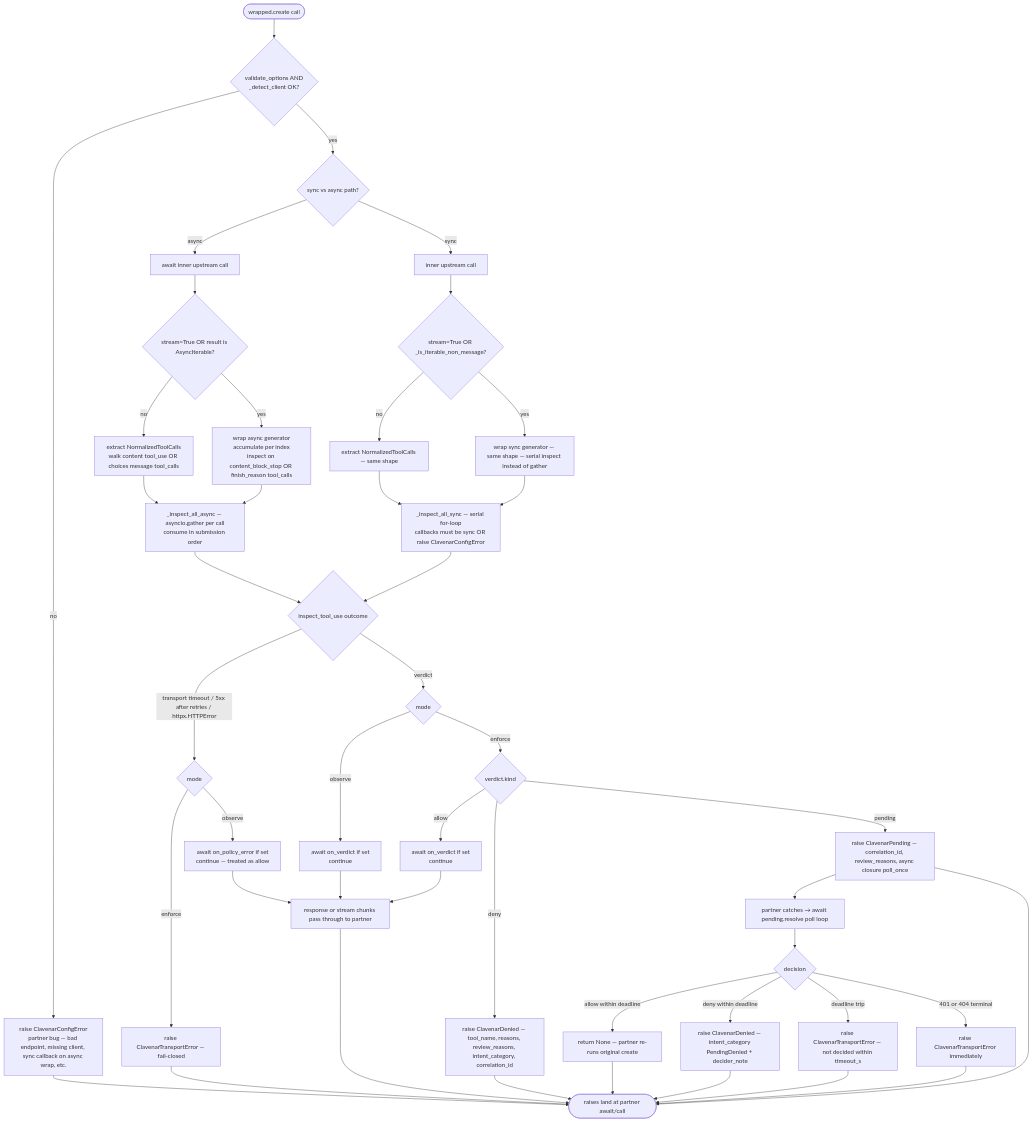
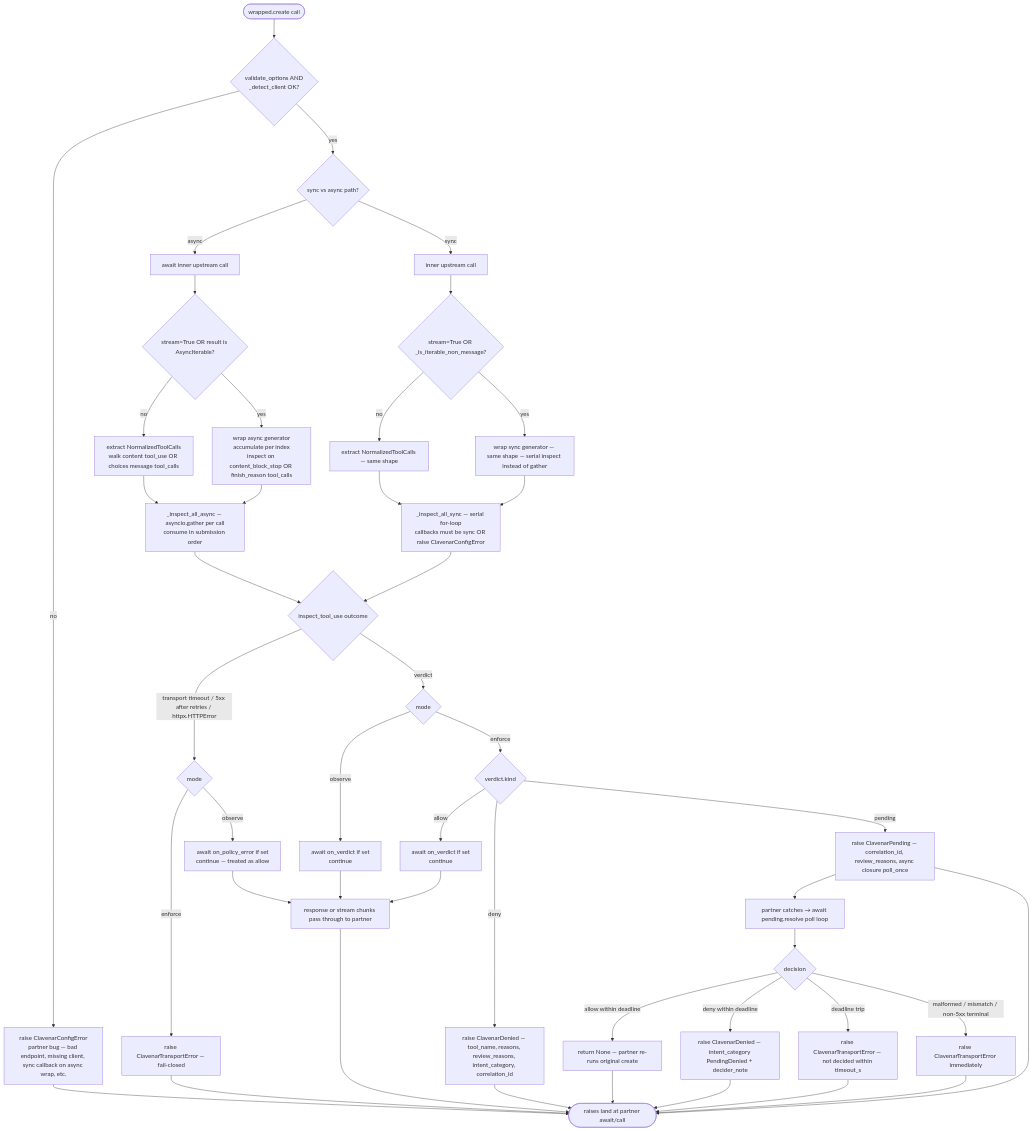
One commit to clavenar/clavenar-python-sdk changed the sixth of 6 diagrams in docs/SEQUENCES.md. Above: the diagram before and after it, drawn with Mermaid. The commit also changed other lines of this file and 23 other files, not shown here.

````diff
--- a/docs/SEQUENCES.md
+++ b/docs/SEQUENCES.md
@@ -349,57 +350,57 @@
 ```mermaid
 flowchart TD
     Start([wrapped.create call]) --> Cfg{validate_options AND<br/>_detect_client OK?}
     Cfg -->|no| Cerr[raise ClavenarConfigError<br/>partner bug — bad endpoint, missing client, sync callback on async wrap, etc.]
     Cfg -->|yes| Fork{sync vs async path?}
     Fork -->|async| Up1[await inner upstream call]
     Fork -->|sync| Up2[inner upstream call]
 
     Up1 --> Shape1{stream=True OR result is AsyncIterable?}
     Up2 --> Shape2{stream=True OR _is_iterable_non_message?}
 
     Shape1 -->|no| Sync1[extract NormalizedToolCalls<br/>walk content tool_use OR choices message tool_calls]
     Shape1 -->|yes| Stream1[wrap async generator<br/>accumulate per index<br/>inspect on content_block_stop OR finish_reason tool_calls]
 
     Shape2 -->|no| Sync2[extract NormalizedToolCalls — same shape]
     Shape2 -->|yes| Stream2[wrap sync generator — same shape — serial inspect instead of gather]
 
     Sync1 --> Loop1[_inspect_all_async — asyncio.gather per call<br/>consume in submission order]
     Stream1 --> Loop1
     Sync2 --> Loop2[_inspect_all_sync — serial for-loop<br/>callbacks must be sync OR raise ClavenarConfigError]
     Stream2 --> Loop2
 
     Loop1 --> Insp{inspect_tool_use outcome}
     Loop2 --> Insp
 
     Insp -->|transport timeout / 5xx after retries / httpx.HTTPError| Tport{mode}
     Tport -->|enforce| Te[raise ClavenarTransportError — fail-closed]
     Tport -->|observe| Toe[await on_policy_error if set<br/>continue — treated as allow]
 
     Insp -->|verdict| Mode{mode}
     Mode -->|observe| Obs[await on_verdict if set<br/>continue]
     Mode -->|enforce| Vk{verdict.kind}
     Vk -->|allow| Ok[await on_verdict if set<br/>continue]
     Vk -->|deny| Dn[raise ClavenarDenied — tool_name, reasons, review_reasons, intent_category, correlation_id]
     Vk -->|pending| Pn[raise ClavenarPending — correlation_id, review_reasons, async closure poll_once]
 
     Pn --> Resolve[partner catches → await pending.resolve poll loop]
     Resolve --> Rd{decision}
     Rd -->|allow within deadline| Rok[return None — partner re-runs original create]
     Rd -->|deny within deadline| Rdn[raise ClavenarDenied — intent_category PendingDenied + decider_note]
     Rto[raise ClavenarTransportError — not decided within timeout_s]
     Rd -->|deadline trip| Rto
-    Rd -->|401 or 404 terminal| Rterm[raise ClavenarTransportError immediately]
+    Rd -->|malformed / mismatch / non-5xx terminal| Rterm[raise ClavenarTransportError immediately]
 
     Obs --> Pass[response or stream chunks pass through to partner]
     Ok --> Pass
     Toe --> Pass
     Te --> End([raises land at partner await/call])
     Dn --> End
     Pn --> End
     Cerr --> End
     Pass --> End
     Rok --> End
     Rdn --> End
     Rto --> End
     Rterm --> End
 ```
````
